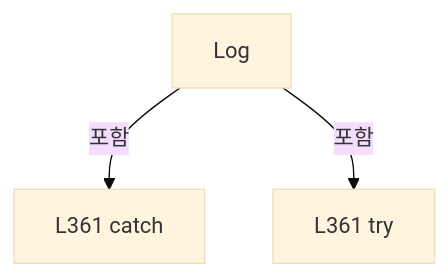
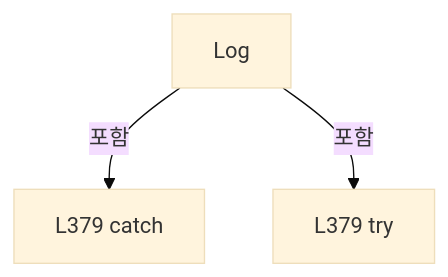
Diagram 16 of 22 in A3 LD Code Ref/files/Drilling.Common/Correction/CAlignInterpolation.cs.md (kjuws10-rgb/Shared), drawn with Mermaid (base theme) before and after one commit. The commit also changed other lines of this file and 2071 other files, not shown here.

Commit message:
docs(a3): update 11.19.0 architecture and code reference

````diff
--- a/A3 LD Code Ref/files/Drilling.Common/Correction/CAlignInterpolation.cs.md
+++ b/A3 LD Code Ref/files/Drilling.Common/Correction/CAlignInterpolation.cs.md
@@ -2988,8 +3081,8 @@
 ```mermaid
 flowchart TD
  M["Log"]
- N0["L361 catch"]
+ N0["L379 catch"]
  M -->|포함| N0
- N1["L361 try"]
+ N1["L379 try"]
  M -->|포함| N1
 ```
````
